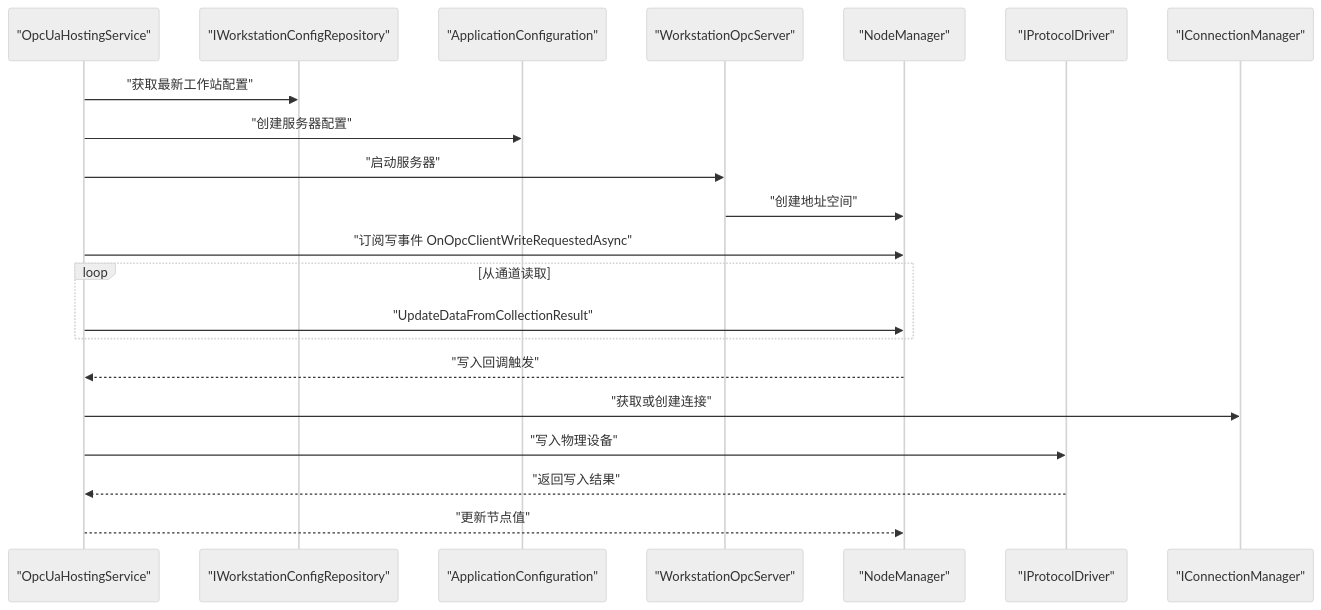
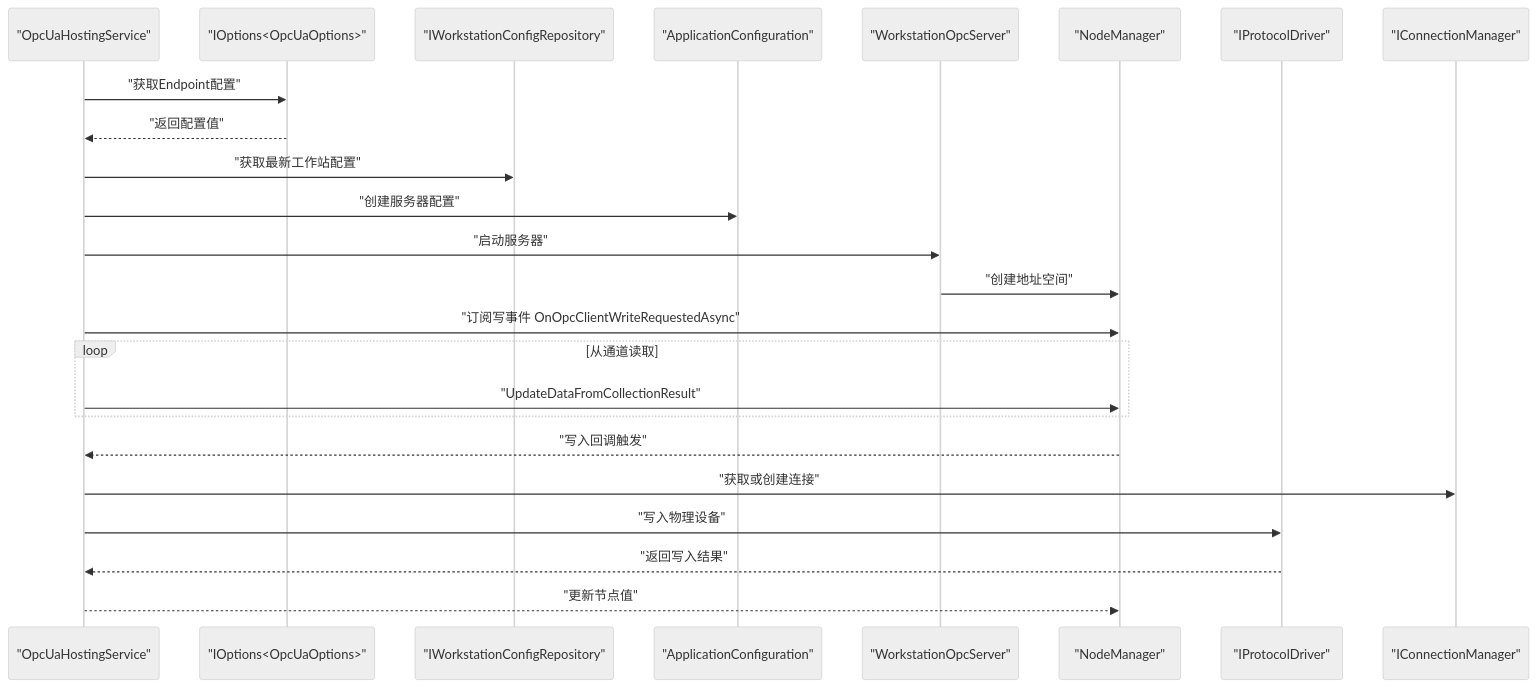
One commit to whitemousetl/IndustrialDataSolution changed the fifth of 13 diagrams in .qoder/repowiki/zh/content/OPC UA集成/OPC UA集成.md. Above: the diagram before and after it, drawn with Mermaid (neutral theme). The commit also changed other lines of this file and 13 other files, not shown here.

````diff
--- a/.qoder/repowiki/zh/content/OPC UA集成/OPC UA集成.md
+++ b/.qoder/repowiki/zh/content/OPC UA集成/OPC UA集成.md
@@ -238,23 +249,26 @@
 ```mermaid
 sequenceDiagram
 participant Host as "OpcUaHostingService"
+participant Options as "IOptions<OpcUaOptions>"
 participant Repo as "IWorkstationConfigRepository"
 participant App as "ApplicationConfiguration"
 participant Server as "WorkstationOpcServer"
 participant NM as "NodeManager"
 participant Driver as "IProtocolDriver"
 participant Conn as "IConnectionManager"
+Host->>Options : "获取Endpoint配置"
+Options-->>Host : "返回配置值"
 Host->>Repo : "获取最新工作站配置"
 Host->>App : "创建服务器配置"
 Host->>Server : "启动服务器"
 Server->>NM : "创建地址空间"
 Host->>NM : "订阅写事件 OnOpcClientWriteRequestedAsync"
 loop 从通道读取
 Host->>NM : "UpdateDataFromCollectionResult"
 end
 NM-->>Host : "写入回调触发"
 Host->>Conn : "获取或创建连接"
 Host->>Driver : "写入物理设备"
 Driver-->>Host : "返回写入结果"
 Host-->>NM : "更新节点值"
 ```
````
